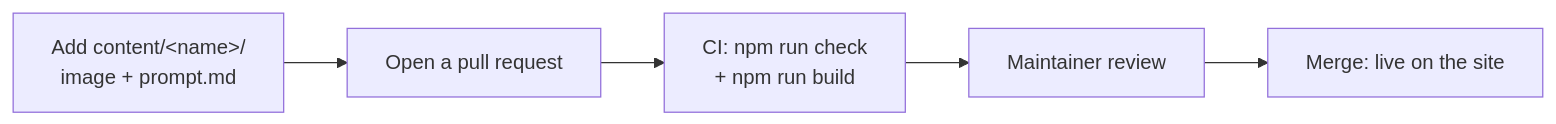
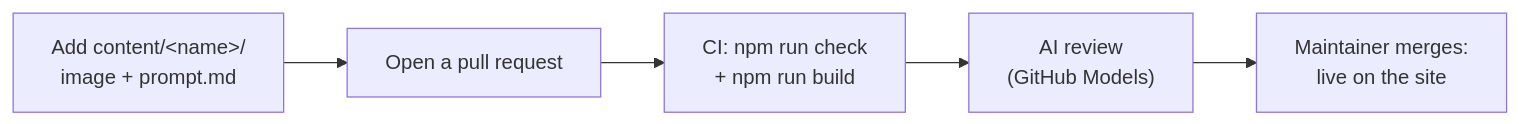
Before and after one commit to Tizun71/Darkroom: the diagram in README.md, drawn with Mermaid. The commit also changed other lines of this file and 14 other files, not shown here.

````diff
--- a/README.md
+++ b/README.md
@@ -36,7 +36,7 @@
 ```mermaid
 flowchart LR
   A["Add content/&lt;name&gt;/<br/>image + prompt.md"] --> B["Open a pull request"]
   B --> C["CI: npm run check<br/>+ npm run build"]
-  C --> D["Maintainer review"]
-  D --> E["Merge: live on the site"]
+  C --> D["AI review<br/>(GitHub Models)"]
+  D --> E["Maintainer merges:<br/>live on the site"]
 ```
````
